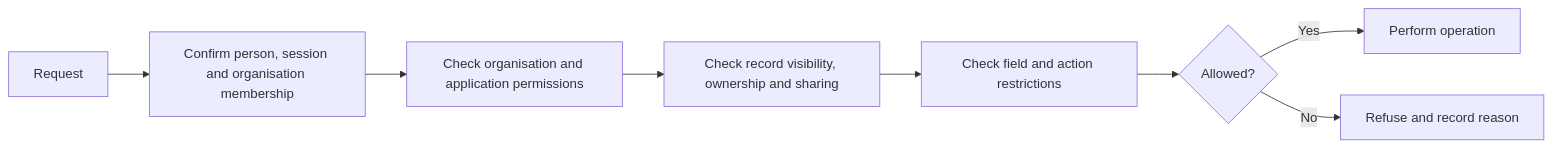
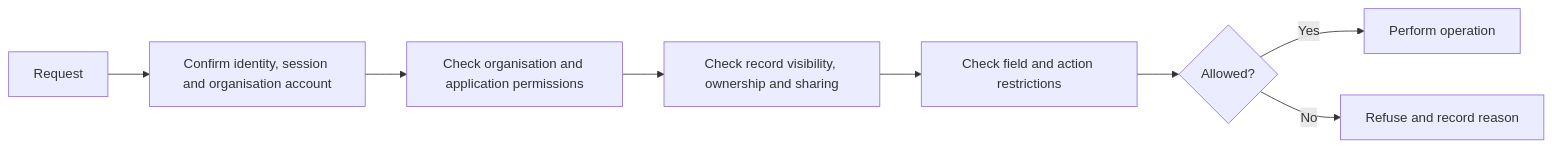
The first of 2 diagrams in docs/specification/04-access-and-permissions.md (Abzum-NZ/Abzum-Vortex), drawn with Mermaid before and after one commit. The commit also changed other lines of this file and 21 other files, not shown here.

````diff
--- a/docs/specification/04-access-and-permissions.md
+++ b/docs/specification/04-access-and-permissions.md
@@ -9,10 +9,10 @@
 ```mermaid
 flowchart LR
-    REQ[Request] --> ID[Confirm person, session and organisation membership]
+    REQ[Request] --> ID[Confirm identity, session and organisation account]
     ID --> PERM[Check organisation and application permissions]
     PERM --> SCOPE[Check record visibility, ownership and sharing]
     SCOPE --> FIELD[Check field and action restrictions]
     FIELD --> RESULT{Allowed?}
     RESULT -- Yes --> RUN[Perform operation]
     RESULT -- No --> DENY[Refuse and record reason]
 ```
````
